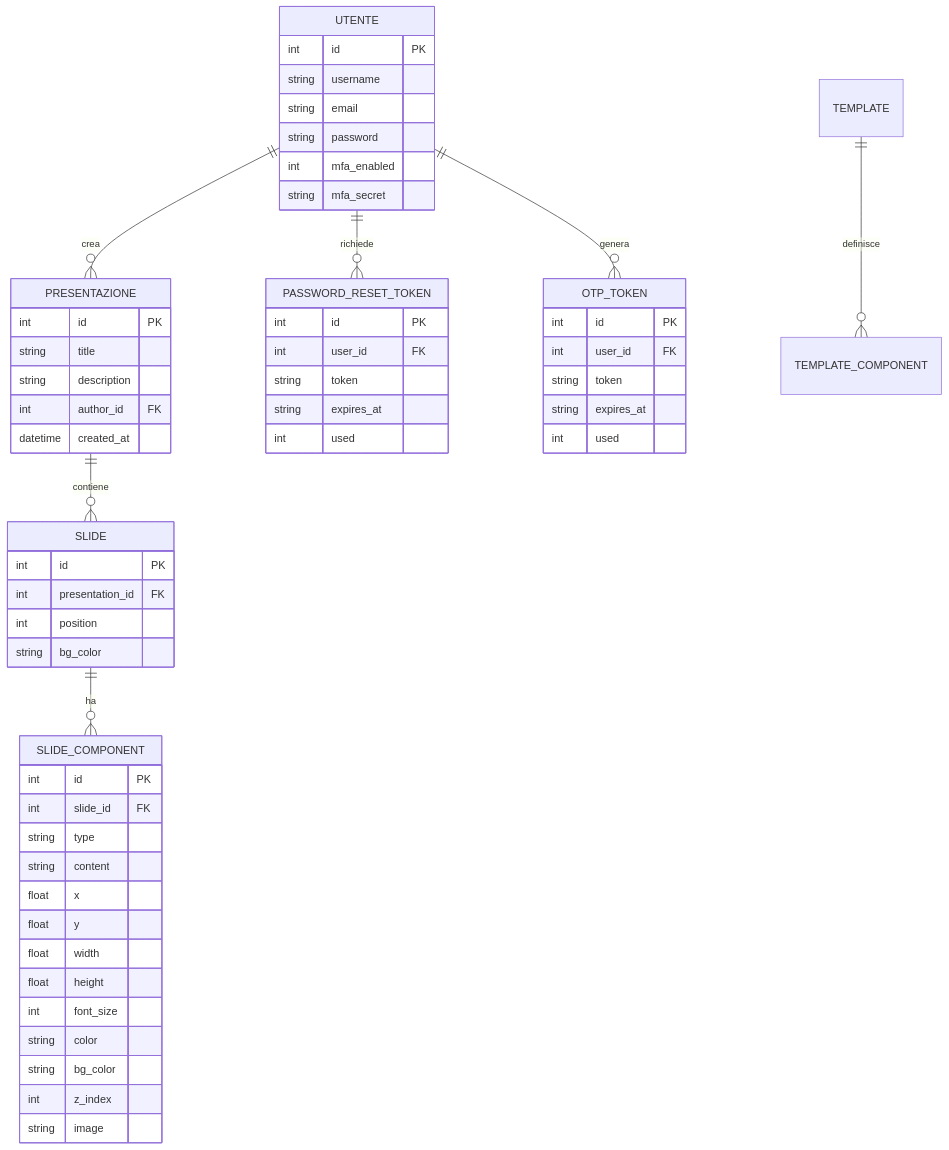
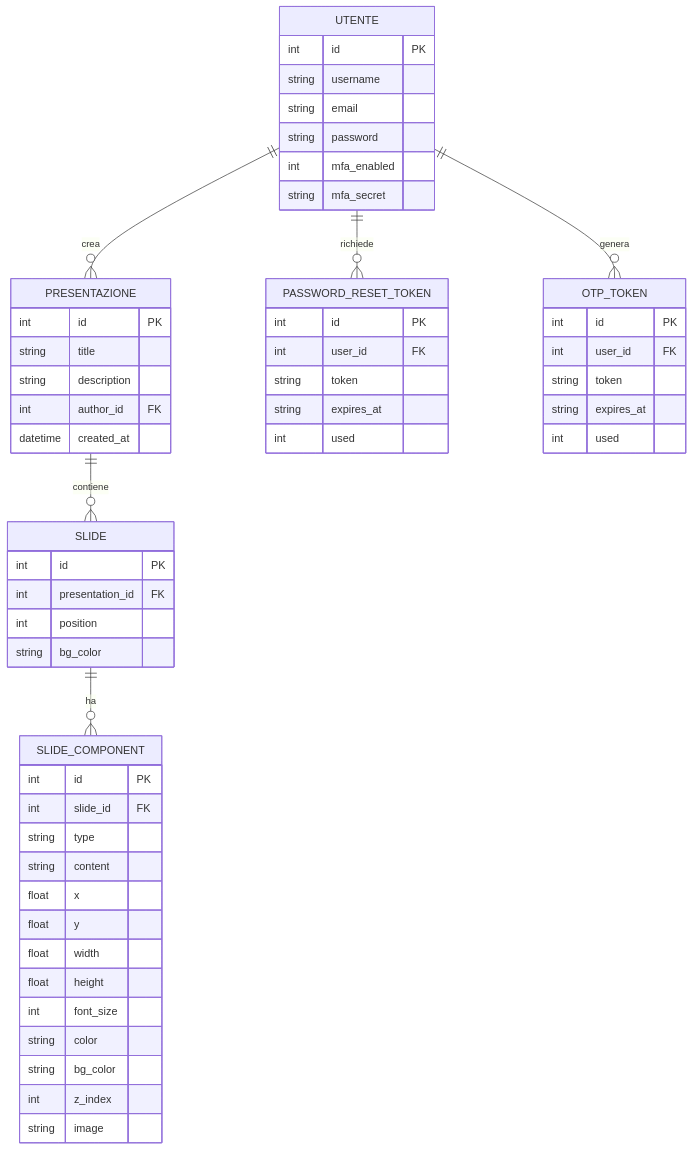
The first of 3 diagrams in Documento_Requisiti_SlidesApp.md (CristianMonticelli/Progetto_Maturita), drawn with Mermaid before and after one commit. The commit also changed other lines of this file, not shown here.

````diff
--- a/Documento_Requisiti_SlidesApp.md
+++ b/Documento_Requisiti_SlidesApp.md
@@ -120,60 +119,59 @@
 ```mermaid
 erDiagram
     UTENTE {
         int id PK
         string username
         string email
         string password
         int mfa_enabled
         string mfa_secret
     }
     PRESENTAZIONE {
         int id PK
         string title
         string description
         int author_id FK
         datetime created_at
     }
     SLIDE {
         int id PK
         int presentation_id FK
         int position
         string bg_color
     }
     SLIDE_COMPONENT {
         int id PK
         int slide_id FK
         string type
         string content
         float x
         float y
         float width
         float height
         int font_size
         string color
         string bg_color
         int z_index
         string image
     }
     PASSWORD_RESET_TOKEN {
         int id PK
         int user_id FK
         string token
         string expires_at
         int used
     }
     OTP_TOKEN {
         int id PK
         int user_id FK
         string token
         string expires_at
         int used
     }
 
     UTENTE ||--o{ PRESENTAZIONE : crea
     PRESENTAZIONE ||--o{ SLIDE : contiene
     SLIDE ||--o{ SLIDE_COMPONENT : ha
-    TEMPLATE ||--o{ TEMPLATE_COMPONENT : definisce
     UTENTE ||--o{ PASSWORD_RESET_TOKEN : richiede
     UTENTE ||--o{ OTP_TOKEN : genera
 ```
````
